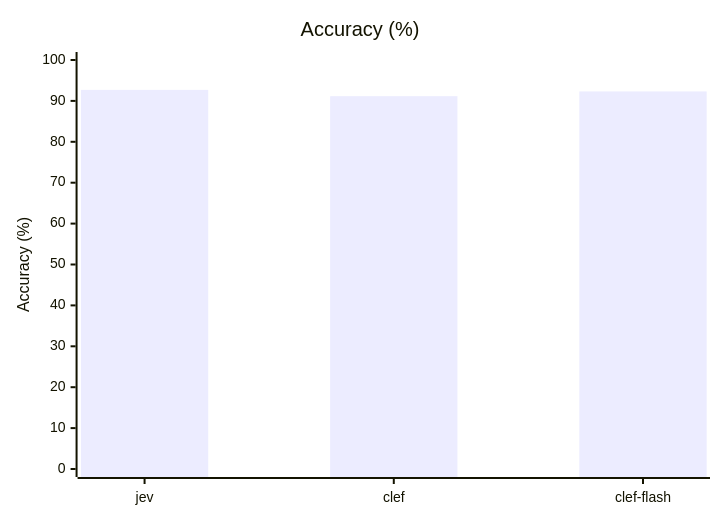
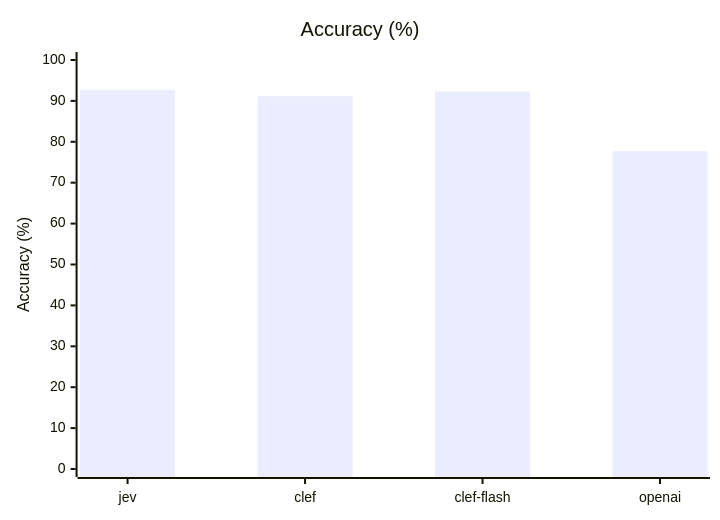
One commit to mantaroh/jev-vs-openai-dicision-api changed the first of 4 diagrams in README.md. Above: the diagram before and after it, drawn with Mermaid. The commit also changed other lines of this file and 3 other files, not shown here.

````diff
--- a/README.md
+++ b/README.md
@@ -63,7 +65,7 @@
 ```mermaid
 xychart-beta
     title "Accuracy (%)"
-    x-axis ["jev", "clef", "clef-flash"]
+    x-axis ["jev", "clef", "clef-flash", "openai"]
     y-axis "Accuracy (%)" 0 --> 100
-    bar [92.69, 91.15, 92.31]
+    bar [92.69, 91.15, 92.31, 77.69]
 ```
````
